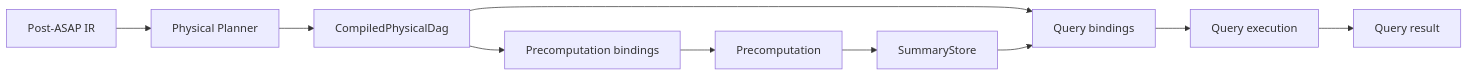
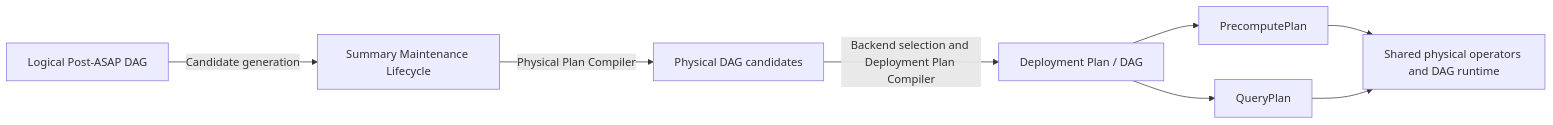
The first of 4 diagrams in docs/design_docs/query-dag-execution.md (ProjectASAP/ASAPQuery-backend), drawn with Mermaid before and after one commit. The commit also changed other lines of this file, not shown here.

Commit message:
docs: align query execution layers with Planner physical candidates

````diff
--- a/docs/design_docs/query-dag-execution.md
+++ b/docs/design_docs/query-dag-execution.md
@@ -8,10 +8,10 @@
 ```mermaid
 flowchart LR
-    IR["Post-ASAP IR"] --> Compile["Physical Planner"]
-    Compile --> DAG["CompiledPhysicalDag"]
-    DAG --> PreBind["Precomputation bindings"] --> PreRun["Precomputation"]
-    PreRun --> Store["SummaryStore"]
-    DAG --> QueryBind["Query bindings"] --> QueryRun["Query execution"]
-    Store --> QueryBind
-    QueryRun --> Result["Query result"]
+    L["Logical Post-ASAP DAG"] -->|Candidate generation| M["Summary Maintenance Lifecycle"]
+    M -->|Physical Plan Compiler| P["Physical DAG candidates"]
+    P -->|Backend selection and Deployment Plan Compiler| D["Deployment Plan / DAG"]
+    D --> Pre["PrecomputePlan"]
+    D --> Query["QueryPlan"]
+    Pre --> Runtime["Shared physical operators and DAG runtime"]
+    Query --> Runtime
 ```
````
